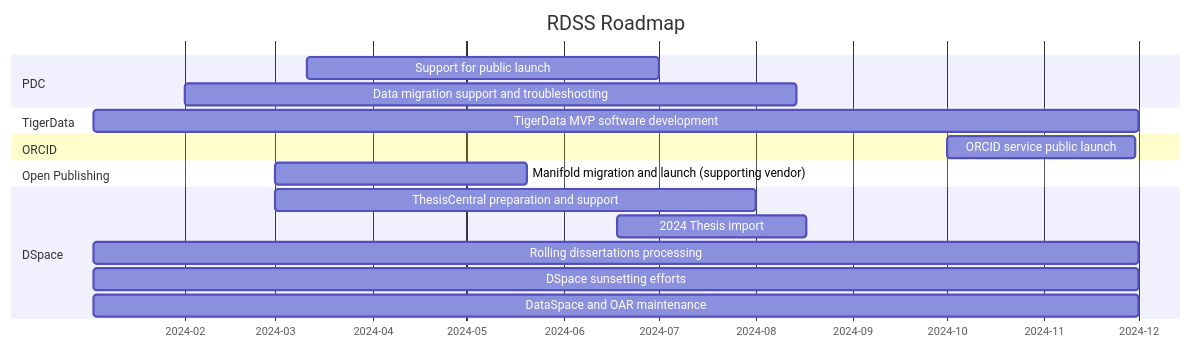
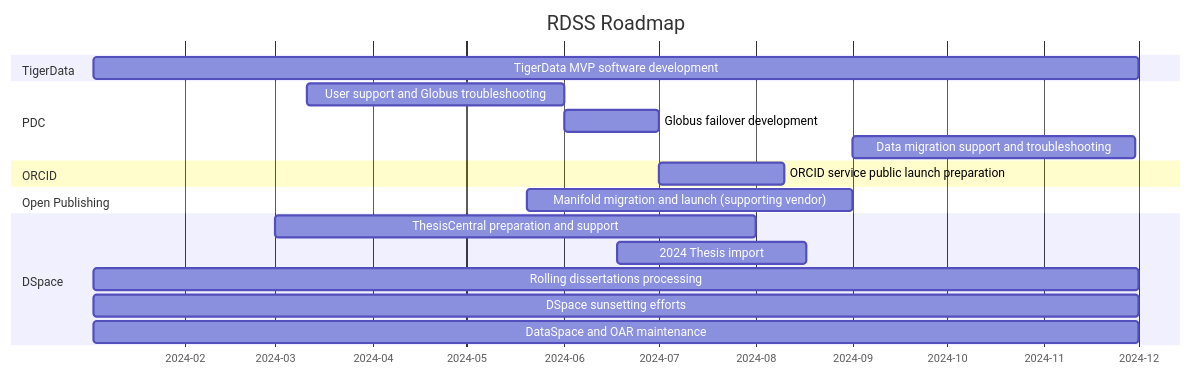
The diagram in roadmap.md (pulibrary/rdss-handbook), drawn with Mermaid before and after one commit. The commit also changed other lines of this file, not shown here.

Commit message:
Updated roadmap, removed past sprints (#248)

````diff
--- a/roadmap.md
+++ b/roadmap.md
@@ -5,21 +5,22 @@
 ```mermaid
 gantt
     title RDSS Roadmap
     axisFormat  %Y-%m
     dateformat YYYY-MM
-    section PDC
-    Support for public launch: pd1,2024-03-11,112d
-    Data migration support and troubleshooting: pd2,2024-02-01,195d
     section TigerData
     TigerData MVP software development: td1,2024-01-03,333d
+    section PDC
+    User support and Globus troubleshooting: pd1,2024-03-11,82d
+    Globus failover development: pd2,2024-06-01,30d
+    Data migration support and troubleshooting: pd3,2024-09-01,90d
     section ORCID
-    ORCID service public launch: pd3,2024-10-01,60d
+    ORCID service public launch preparation: or1,2024-07-01,40d
     section Open Publishing
-    Manifold migration and launch (supporting vendor): op1,2024-03-01,80d
+    Manifold migration and launch (supporting vendor): op1,2024-05-20,104d
     section DSpace
     ThesisCentral preparation and support: dsp1,2024-03-01,153d
     2024 Thesis import: dsp2,2024-06-18,60d
     Rolling dissertations processing: dsp3,2024-01-03,333d
     DSpace sunsetting efforts: dsp4,2024-01-03,333d
     DataSpace and OAR maintenance: dsp5,2024-01-03,333d
 ```
````
